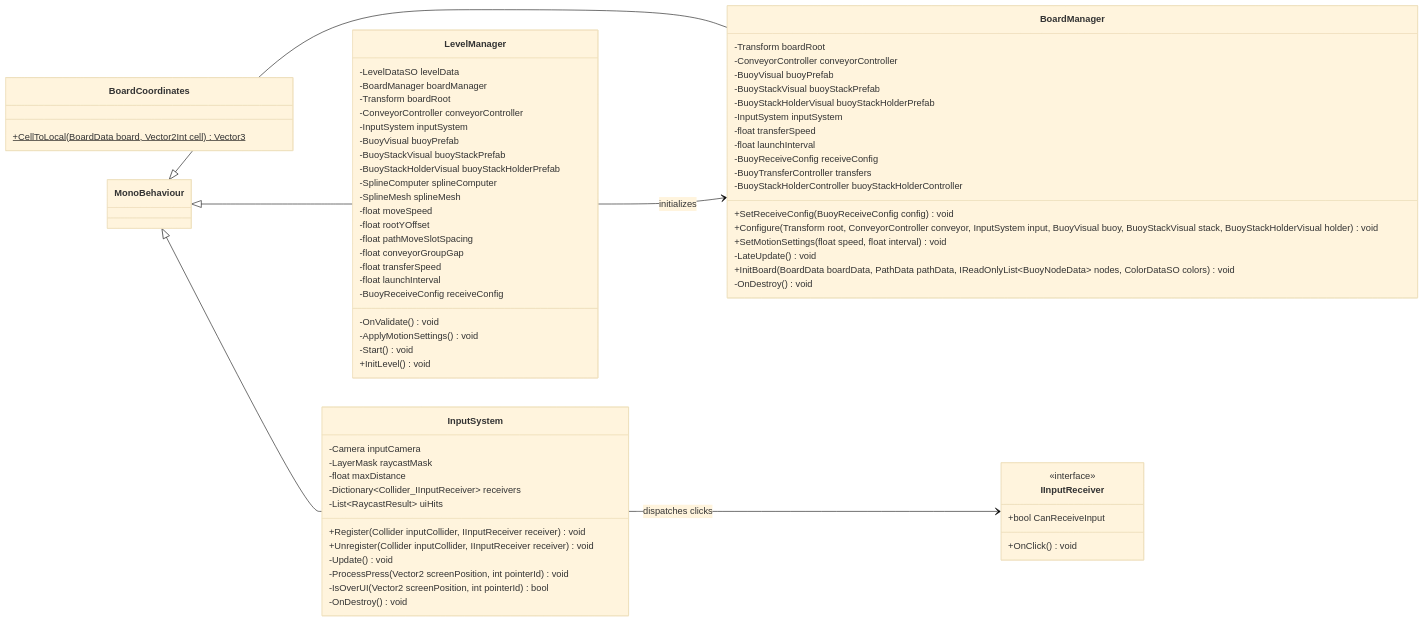
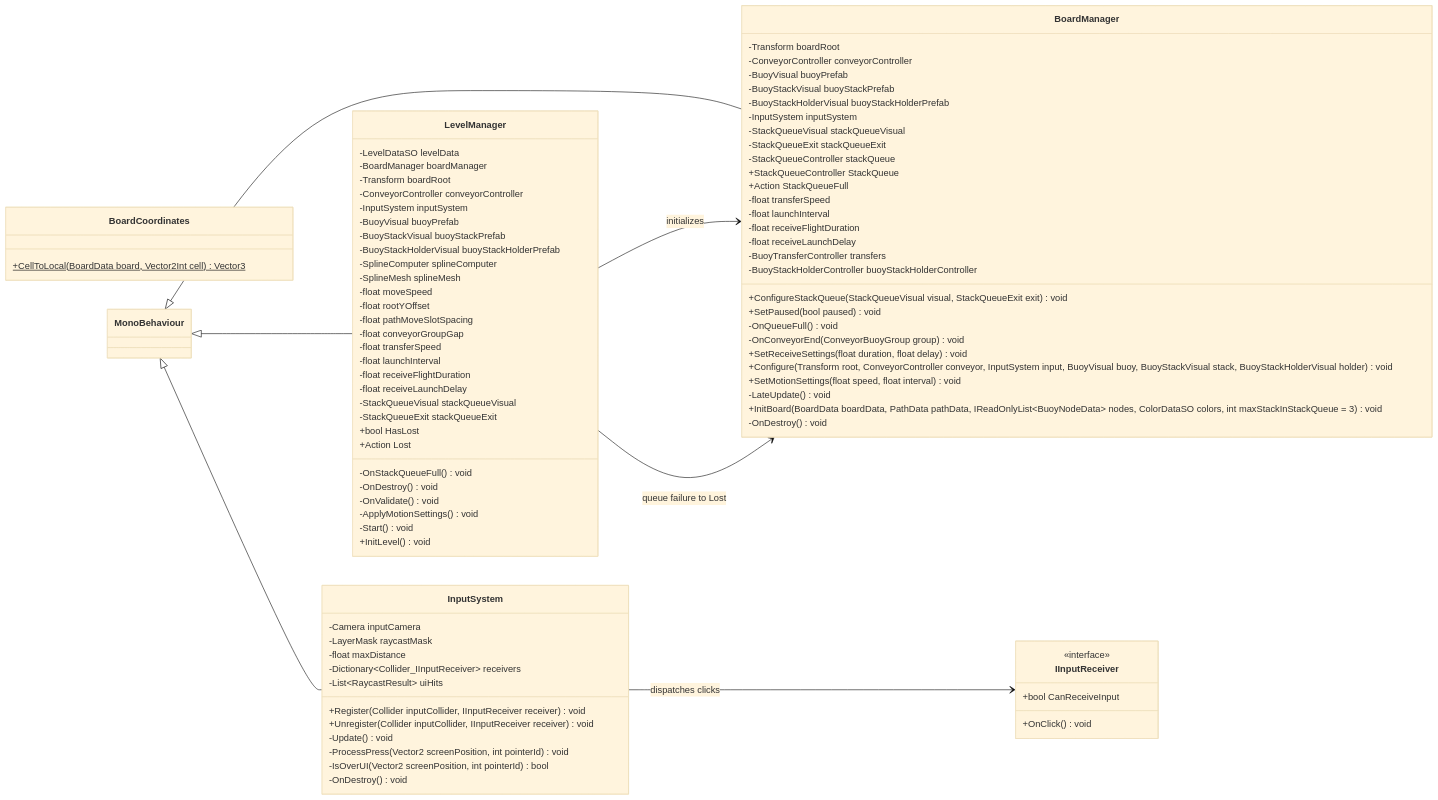
The diagram in Docs/ClassDiagram-Board.mmd (nchuoi2443/WaterConveyorSort), drawn with Mermaid (base theme) before and after one commit. The commit also changed 34 other files, not shown here.

```diff
--- a/Docs/ClassDiagram-Board.mmd
+++ b/Docs/ClassDiagram-Board.mmd
@@ -1,70 +1,88 @@
 classDiagram
 direction LR
 class BoardCoordinates {
     +CellToLocal(BoardData board, Vector2Int cell) Vector3$
 }
 class BoardManager {
     -Transform boardRoot
     -ConveyorController conveyorController
     -BuoyVisual buoyPrefab
     -BuoyStackVisual buoyStackPrefab
     -BuoyStackHolderVisual buoyStackHolderPrefab
     -InputSystem inputSystem
+    -StackQueueVisual stackQueueVisual
+    -StackQueueExit stackQueueExit
+    -StackQueueController stackQueue
+    +StackQueueController StackQueue
+    +Action StackQueueFull
+    +ConfigureStackQueue(StackQueueVisual visual, StackQueueExit exit) void
+    +SetPaused(bool paused) void
+    -OnQueueFull() void
+    -OnConveyorEnd(ConveyorBuoyGroup group) void
     -float transferSpeed
     -float launchInterval
-    -BuoyReceiveConfig receiveConfig
-    +SetReceiveConfig(BuoyReceiveConfig config) void
+    -float receiveFlightDuration
+    -float receiveLaunchDelay
+    +SetReceiveSettings(float duration, float delay) void
     +Configure(Transform root, ConveyorController conveyor, InputSystem input, BuoyVisual buoy, BuoyStackVisual stack, BuoyStackHolderVisual holder) void
     +SetMotionSettings(float speed, float interval) void
     -BuoyTransferController transfers
     -LateUpdate() void
     -BuoyStackHolderController buoyStackHolderController
-    +InitBoard(BoardData boardData, PathData pathData, IReadOnlyList~BuoyNodeData~ nodes, ColorDataSO colors) void
+    +InitBoard(BoardData boardData, PathData pathData, IReadOnlyList~BuoyNodeData~ nodes, ColorDataSO colors, int maxStackInStackQueue = 3) void
     -OnDestroy() void
 }
 MonoBehaviour <|-- BoardManager
 class IInputReceiver {
     <<interface>>
     +bool CanReceiveInput
     +OnClick() void
 }
 class InputSystem {
     -Camera inputCamera
     -LayerMask raycastMask
     -float maxDistance
     -Dictionary~Collider_IInputReceiver~ receivers
     -List~RaycastResult~ uiHits
     +Register(Collider inputCollider, IInputReceiver receiver) void
     +Unregister(Collider inputCollider, IInputReceiver receiver) void
     -Update() void
     -ProcessPress(Vector2 screenPosition, int pointerId) void
     -IsOverUI(Vector2 screenPosition, int pointerId) bool
     -OnDestroy() void
 }
 MonoBehaviour <|-- InputSystem
 class LevelManager {
     -LevelDataSO levelData
     -BoardManager boardManager
     -Transform boardRoot
     -ConveyorController conveyorController
     -InputSystem inputSystem
     -BuoyVisual buoyPrefab
     -BuoyStackVisual buoyStackPrefab
     -BuoyStackHolderVisual buoyStackHolderPrefab
     -SplineComputer splineComputer
     -SplineMesh splineMesh
     -float moveSpeed
     -float rootYOffset
     -float pathMoveSlotSpacing
     -float conveyorGroupGap
     -float transferSpeed
     -float launchInterval
-    -BuoyReceiveConfig receiveConfig
+    -float receiveFlightDuration
+    -float receiveLaunchDelay
+    -StackQueueVisual stackQueueVisual
+    -StackQueueExit stackQueueExit
+    +bool HasLost
+    +Action Lost
+    -OnStackQueueFull() void
+    -OnDestroy() void
     -OnValidate() void
     -ApplyMotionSettings() void
     -Start() void
     +InitLevel() void
 }
 MonoBehaviour <|-- LevelManager
 LevelManager --> BoardManager : initializes
+LevelManager --> BoardManager : queue failure to Lost
 InputSystem --> IInputReceiver : dispatches clicks
```
